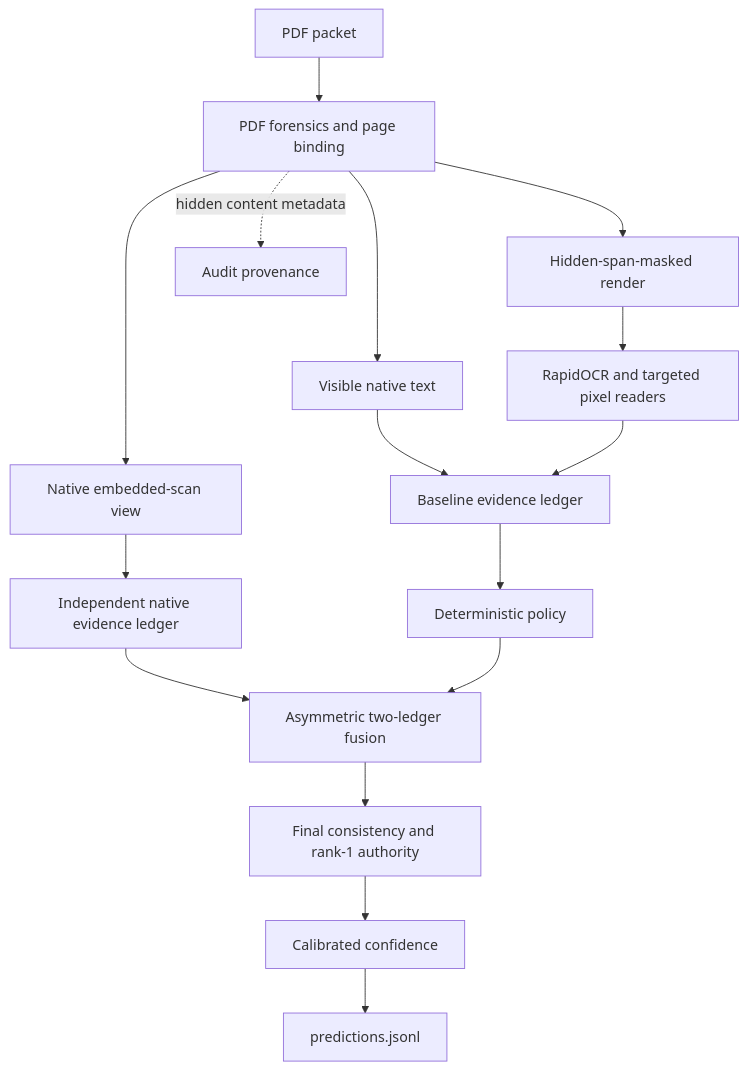
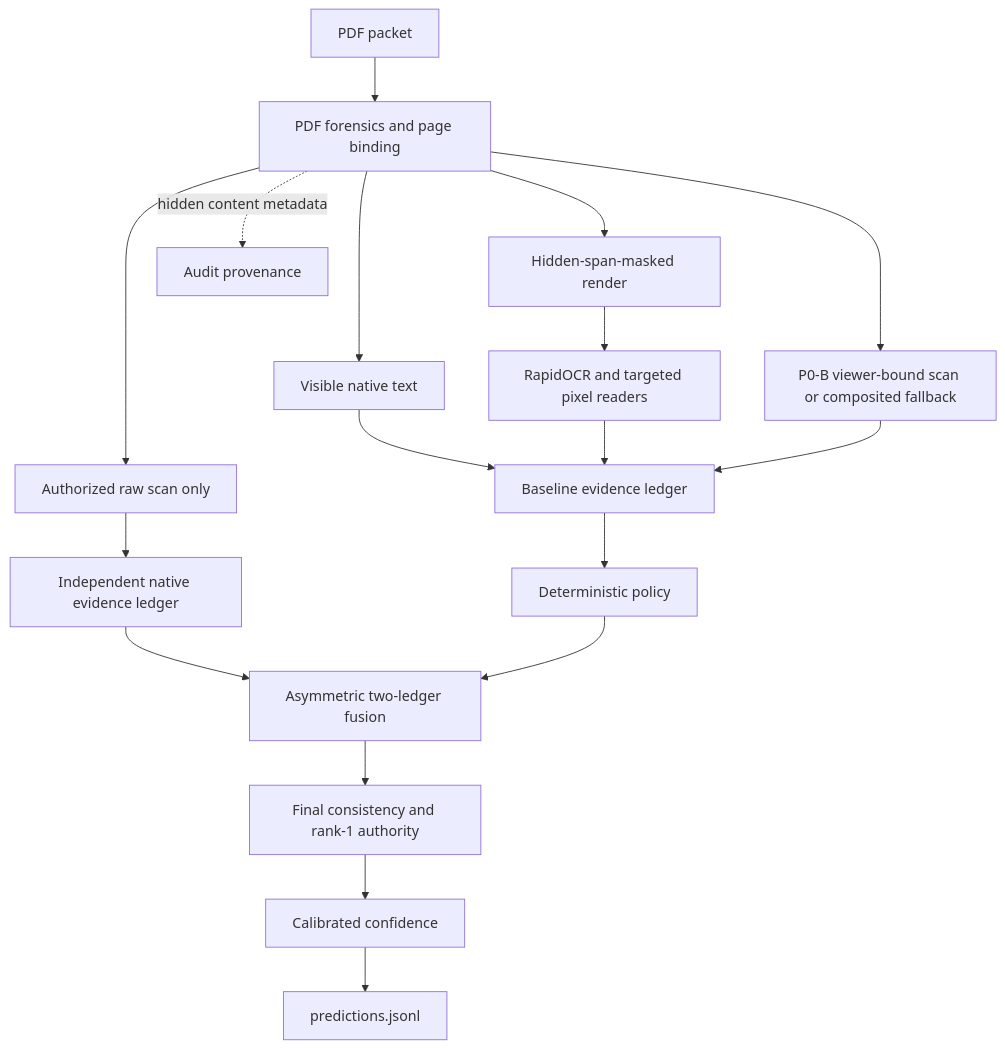
One commit to handemanai/mib-doc-challenge-solution changed the diagram in README.md. Above: the diagram before and after it, drawn with Mermaid. The commit also changed other lines of this file and 3 other files, not shown here.

````diff
--- a/README.md
+++ b/README.md
@@ -53,18 +61,20 @@
 ```mermaid
 flowchart TD
     A[PDF packet] --> B[PDF forensics and page binding]
     B --> C[Visible native text]
     B --> D[Hidden-span-masked render]
     D --> E[RapidOCR and targeted pixel readers]
-    B --> F[Native embedded-scan view]
+    B --> F[P0-B viewer-bound scan or composited fallback]
     C --> G[Baseline evidence ledger]
     E --> G
-    F --> H[Independent native evidence ledger]
+    F --> G
+    B --> H[Authorized raw scan only]
+    H --> O[Independent native evidence ledger]
     G --> I[Deterministic policy]
-    H --> J[Asymmetric two-ledger fusion]
+    O --> J[Asymmetric two-ledger fusion]
     I --> J
     J --> K[Final consistency and rank-1 authority]
     K --> L[Calibrated confidence]
     L --> M[predictions.jsonl]
     B -. hidden content metadata .-> N[Audit provenance]
 ```
````
